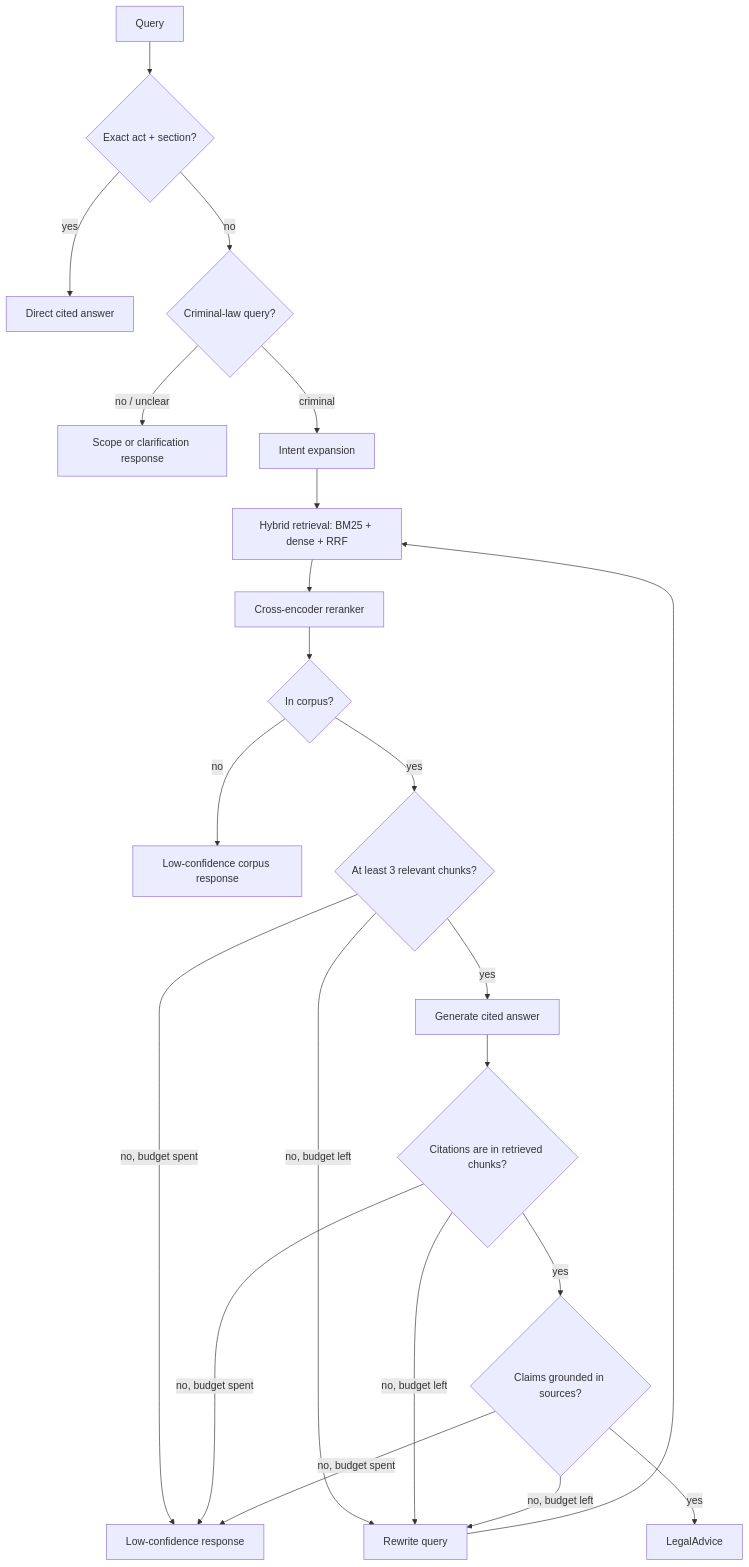
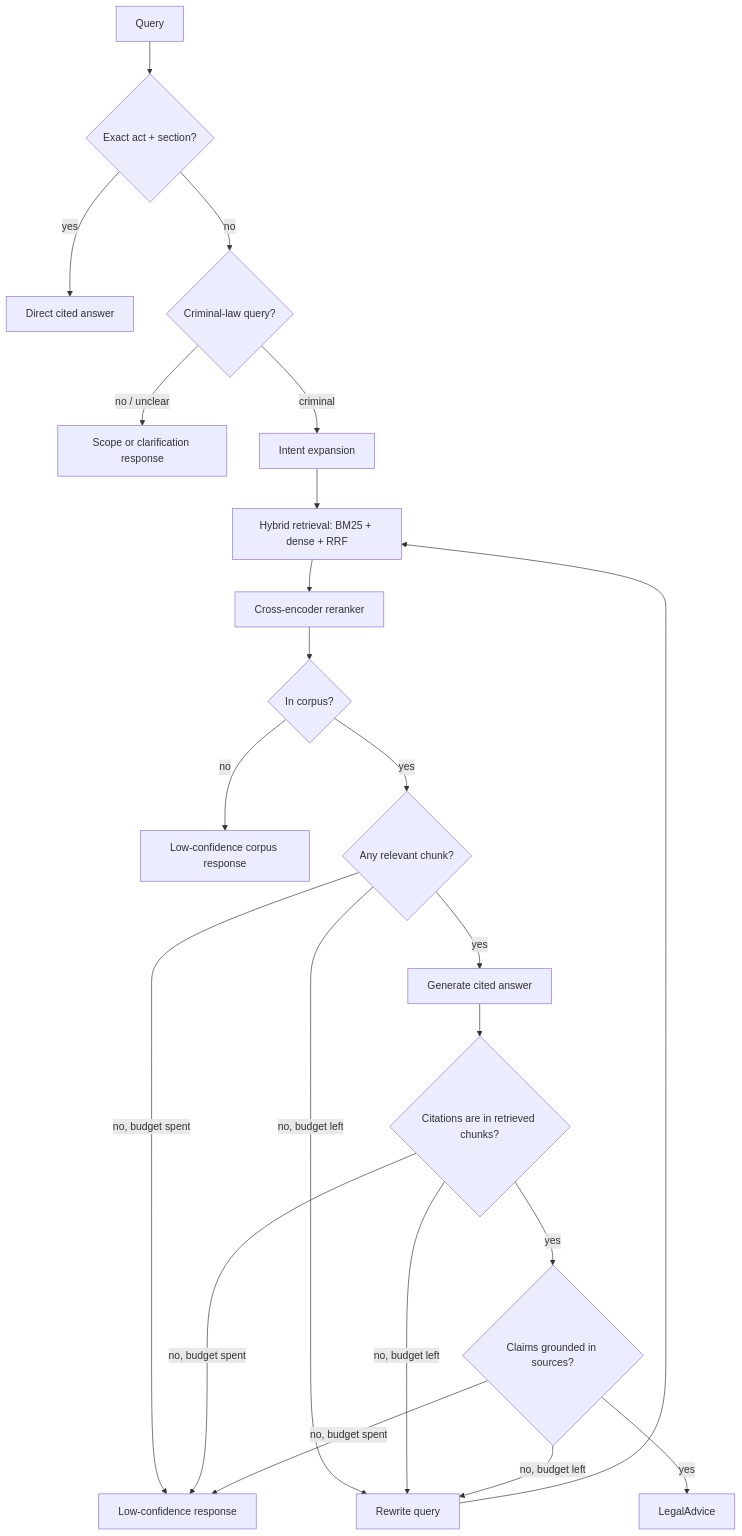
The diagram in README.md (goyashek/agentic-legal-rag), drawn with Mermaid before and after one commit. The commit also changed 7 other files, not shown here.

Commit message:
repair graded answer flow

````diff
--- a/README.md
+++ b/README.md
@@ -19,24 +19,24 @@
 ```mermaid
 flowchart TD
     Q[Query] --> F{Exact act + section?}
     F -->|yes| A1[Direct cited answer]
     F -->|no| R{Criminal-law query?}
     R -->|no / unclear| A2[Scope or clarification response]
     R -->|criminal| E[Intent expansion]
     E --> H[Hybrid retrieval: BM25 + dense + RRF]
     H --> X[Cross-encoder reranker]
     X --> O{In corpus?}
     O -->|no| A3[Low-confidence corpus response]
-    O -->|yes| G{At least 3 relevant chunks?}
+    O -->|yes| G{Any relevant chunk?}
     G -->|yes| N[Generate cited answer]
     G -->|no, budget left| W[Rewrite query]
     W --> H
     N --> C{Citations are in retrieved chunks?}
     C -->|yes| K{Claims grounded in sources?}
     C -->|no, budget left| W
     K -->|yes| A4[LegalAdvice]
     K -->|no, budget left| W
     G -->|no, budget spent| A5[Low-confidence response]
     C -->|no, budget spent| A5
     K -->|no, budget spent| A5
 ```
````
